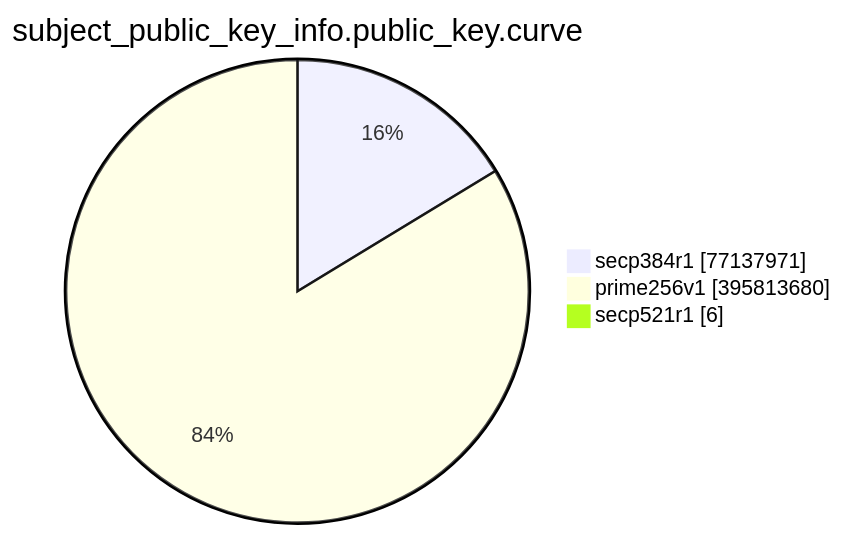
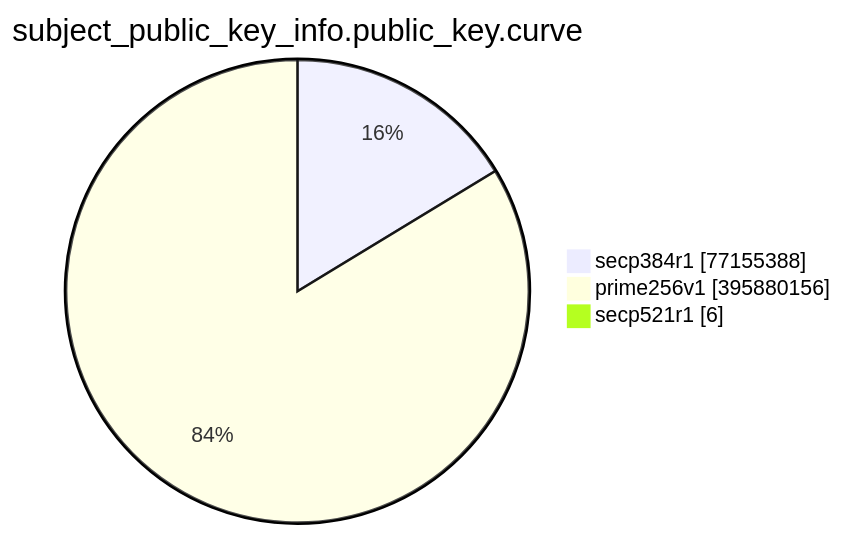
One commit to christiankrug/ctmonitor_visualization changed the eighth of 15 diagrams in TOTAL/README.md. Above: the diagram before and after it, drawn with Mermaid. The commit also changed other lines of this file, not shown here.

````diff
--- a/TOTAL/README.md
+++ b/TOTAL/README.md
@@ -3094,7 +3094,7 @@
 ```mermaid
 pie showData
 title subject_public_key_info.public_key.curve
-"secp384r1" :77137971
-"prime256v1" :395813680
+"secp384r1" :77155388
+"prime256v1" :395880156
 "secp521r1" :6
 ```
````
